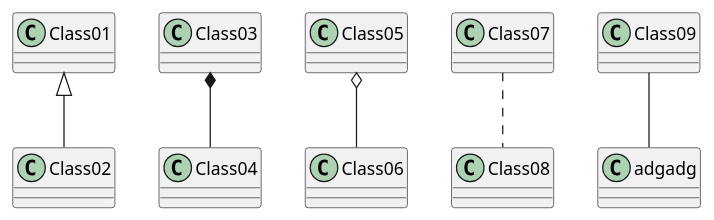
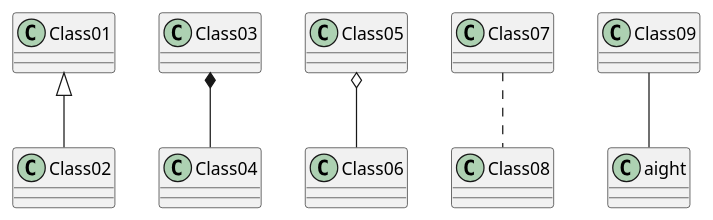
The diagram in meilenstein_03/test.puml (weichware10/meilensteine), drawn with PlantUML before and after one commit.

```diff
--- a/meilenstein_03/test.puml
+++ b/meilenstein_03/test.puml
@@ -1,7 +1,7 @@
 @startuml test
 Class01 <|-- Class02
 Class03 *-- Class04
 Class05 o-- Class06
 Class07 .. Class08
-Class09 -- adgadg
+Class09 -- aight
 @enduml
```
